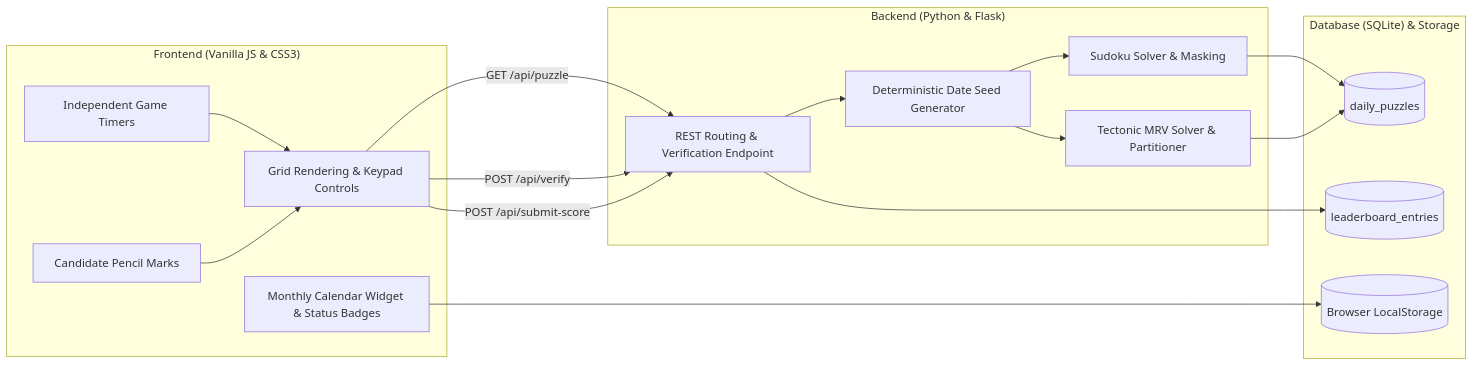
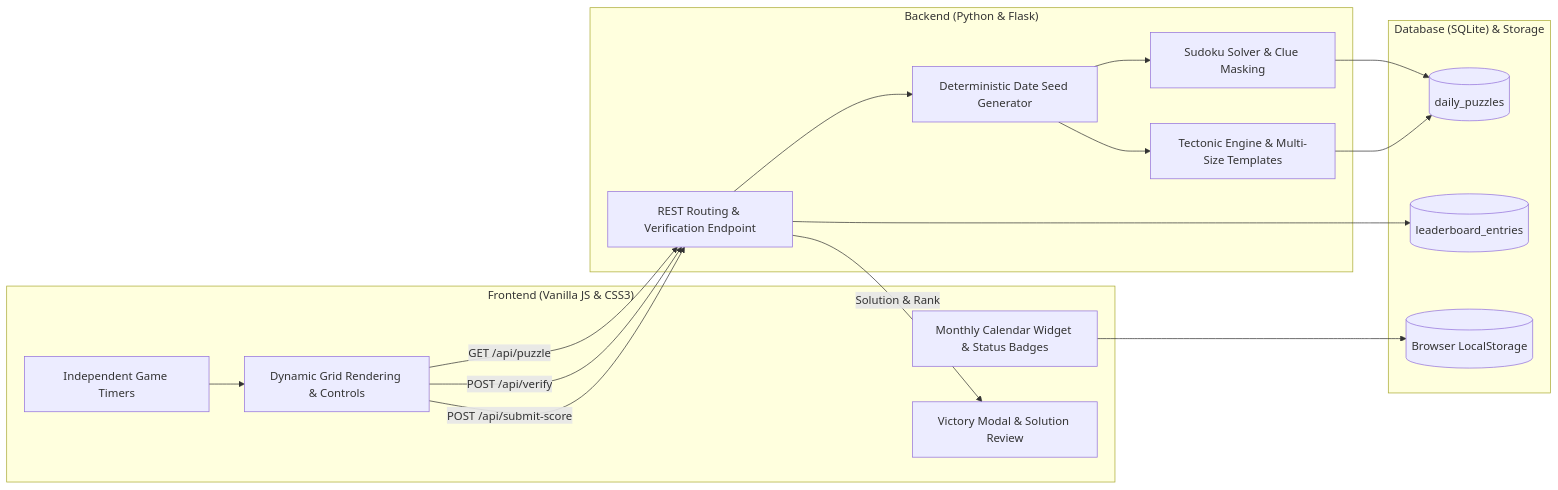
Before and after one commit to kallt/daily-logic-puzzles: the diagram in README.md, drawn with Mermaid. The commit also changed other lines of this file and 7 other files, not shown here.

Commit message:
feat: multi-size tectonic (6x6-9x9), difficulty tiers, bottom-left cage labels, and Testportalen victory screen

````diff
--- a/README.md
+++ b/README.md
@@ -30,32 +39,32 @@
 ```mermaid
 flowchart LR
     subgraph Client ["Frontend (Vanilla JS & CSS3)"]
-        UI[Grid Rendering & Keypad Controls]
+        UI[Dynamic Grid Rendering & Controls]
         Cal[Monthly Calendar Widget & Status Badges]
         Timer[Independent Game Timers]
-        Notes[Candidate Pencil Marks]
+        Modal[Victory Modal & Solution Review]
     end
 
     subgraph Server ["Backend (Python & Flask)"]
         API[REST Routing & Verification Endpoint]
-        S_Engine[Sudoku Solver & Masking]
-        T_Engine[Tectonic MRV Solver & Partitioner]
+        S_Engine[Sudoku Solver & Clue Masking]
+        T_Engine[Tectonic Engine & Multi-Size Templates]
         Seed[Deterministic Date Seed Generator]
     end
 
     subgraph Storage ["Database (SQLite) & Storage"]
         DB_P[(daily_puzzles)]
         DB_L[(leaderboard_entries)]
         LS[(Browser LocalStorage)]
     end
 
     UI -->|GET /api/puzzle| API
     API --> Seed --> S_Engine & T_Engine
     S_Engine & T_Engine --> DB_P
     UI -->|POST /api/verify| API
     UI -->|POST /api/submit-score| API
     API --> DB_L
     Cal --> LS
     Timer --> UI
-    Notes --> UI
+    API -->|Solution & Rank| Modal
 ```
````
